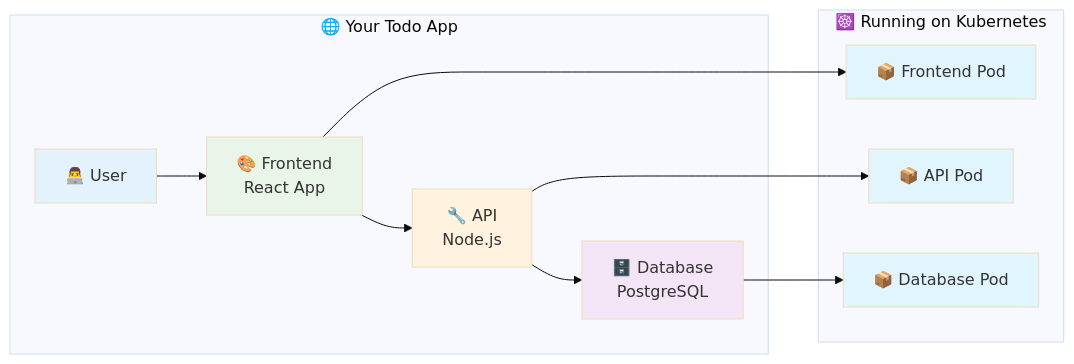
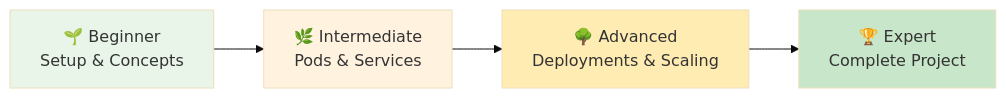
The second of 2 diagrams in Section-2-DevOps/Session-7_Kubernetes/README.md (manikcloud/cloud-devops-learning-path), drawn with Mermaid (base theme) before and after one commit. The commit also changed other lines of this file and 33 other files, not shown here.

````diff
--- a/Section-2-DevOps/Session-7_Kubernetes/README.md
+++ b/Section-2-DevOps/Session-7_Kubernetes/README.md
@@ -219,22 +277,11 @@
 ```mermaid
 graph LR
-    subgraph "🌐 Your Todo App"
-        USER[👨‍💻 User] --> FRONTEND[🎨 Frontend<br/>React App]
-        FRONTEND --> API[🔧 API<br/>Node.js]
-        API --> DB[🗄️ Database<br/>PostgreSQL]
-    end
+    A[🌱 Beginner<br/>Setup & Concepts] --> B[🌿 Intermediate<br/>Pods & Services]
+    B --> C[🌳 Advanced<br/>Deployments & Scaling]
+    C --> D[🏆 Expert<br/>Complete Project]
     
-    subgraph "☸️ Running on Kubernetes"
-        FRONTEND --> FPOD[📦 Frontend Pod]
-        API --> APOD[📦 API Pod]
-        DB --> DPOD[📦 Database Pod]
-    end
-    
-    style USER fill:#e3f2fd
-    style FRONTEND fill:#e8f5e8
-    style API fill:#fff3e0
-    style DB fill:#f3e5f5
-    style FPOD fill:#e1f5fe
-    style APOD fill:#e1f5fe
-    style DPOD fill:#e1f5fe
+    style A fill:#e8f5e8
+    style B fill:#fff3e0
+    style C fill:#ffecb3
+    style D fill:#c8e6c9
 ```
````
